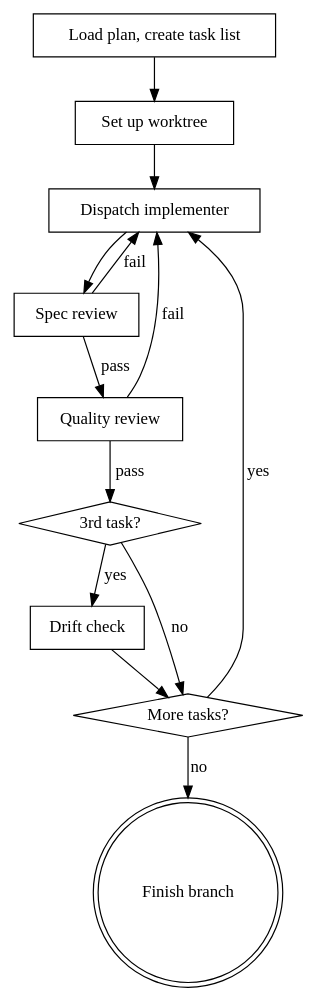
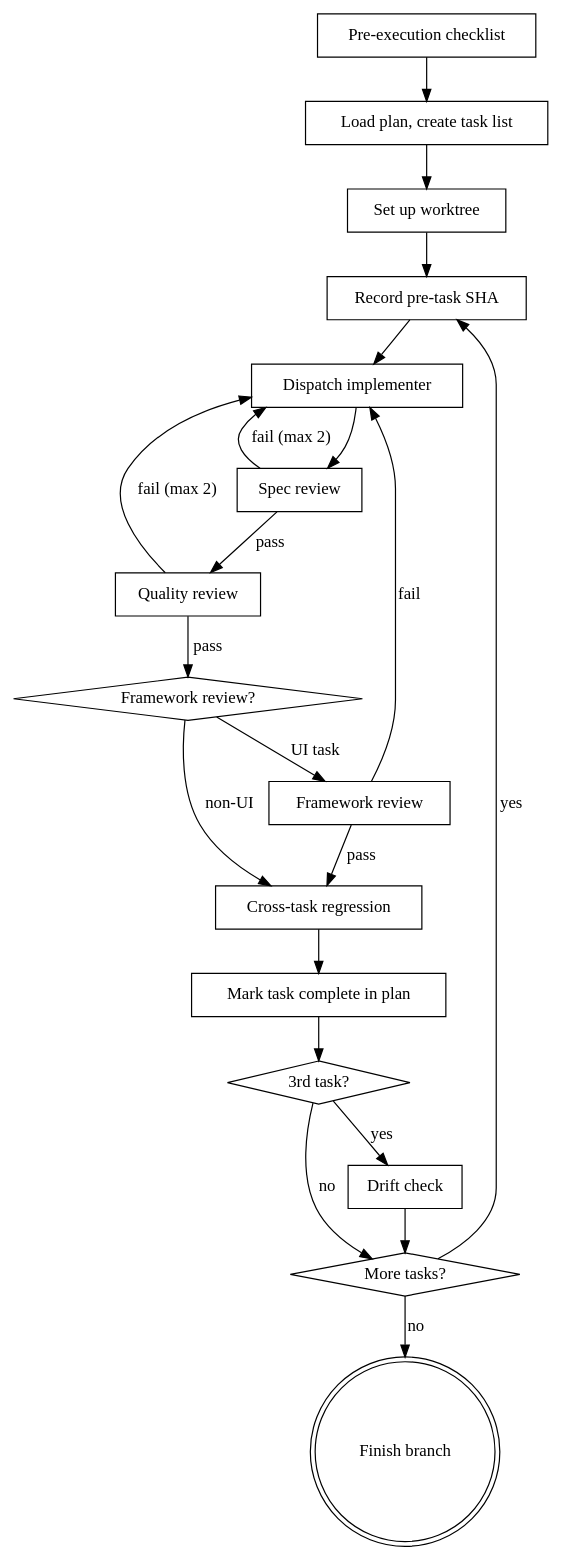
One commit to scotfairbanks-ai/deep-planning changed the diagram in skills/execute/SKILL.md. Above: the diagram before and after it, drawn with Graphviz. The commit also changed other lines of this file and 8 other files, not shown here.

````diff
--- a/skills/execute/SKILL.md
+++ b/skills/execute/SKILL.md
@@ -20,28 +20,42 @@
 ```dot
 digraph execute {
     rankdir=TB;
 
+    "Pre-execution checklist" [shape=box];
     "Load plan, create task list" [shape=box];
     "Set up worktree" [shape=box];
+    "Record pre-task SHA" [shape=box];
     "Dispatch implementer" [shape=box];
     "Spec review" [shape=box];
     "Quality review" [shape=box];
+    "Framework review?" [shape=diamond];
+    "Framework review" [shape=box];
+    "Cross-task regression" [shape=box];
+    "Mark task complete in plan" [shape=box];
     "3rd task?" [shape=diamond];
     "Drift check" [shape=box];
     "More tasks?" [shape=diamond];
     "Finish branch" [shape=doublecircle];
 
+    "Pre-execution checklist" -> "Load plan, create task list";
     "Load plan, create task list" -> "Set up worktree";
-    "Set up worktree" -> "Dispatch implementer";
+    "Set up worktree" -> "Record pre-task SHA";
+    "Record pre-task SHA" -> "Dispatch implementer";
     "Dispatch implementer" -> "Spec review";
     "Spec review" -> "Quality review" [label="pass"];
-    "Spec review" -> "Dispatch implementer" [label="fail"];
-    "Quality review" -> "3rd task?" [label="pass"];
-    "Quality review" -> "Dispatch implementer" [label="fail"];
+    "Spec review" -> "Dispatch implementer" [label="fail (max 2)"];
+    "Quality review" -> "Framework review?" [label="pass"];
+    "Quality review" -> "Dispatch implementer" [label="fail (max 2)"];
+    "Framework review?" -> "Framework review" [label="UI task"];
+    "Framework review?" -> "Cross-task regression" [label="non-UI"];
+    "Framework review" -> "Cross-task regression" [label="pass"];
+    "Framework review" -> "Dispatch implementer" [label="fail"];
+    "Cross-task regression" -> "Mark task complete in plan";
+    "Mark task complete in plan" -> "3rd task?";
     "3rd task?" -> "Drift check" [label="yes"];
     "3rd task?" -> "More tasks?" [label="no"];
     "Drift check" -> "More tasks?";
-    "More tasks?" -> "Dispatch implementer" [label="yes"];
+    "More tasks?" -> "Record pre-task SHA" [label="yes"];
     "More tasks?" -> "Finish branch" [label="no"];
 }
 ```
````
